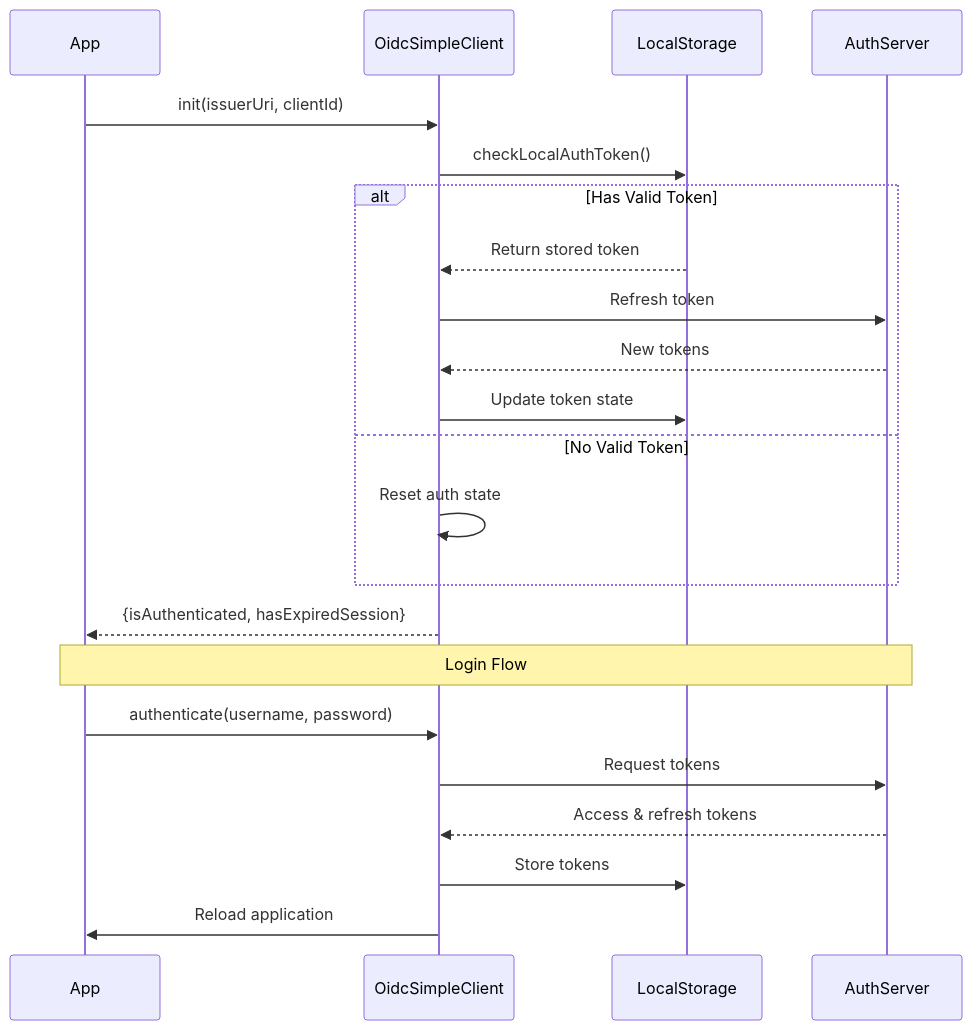
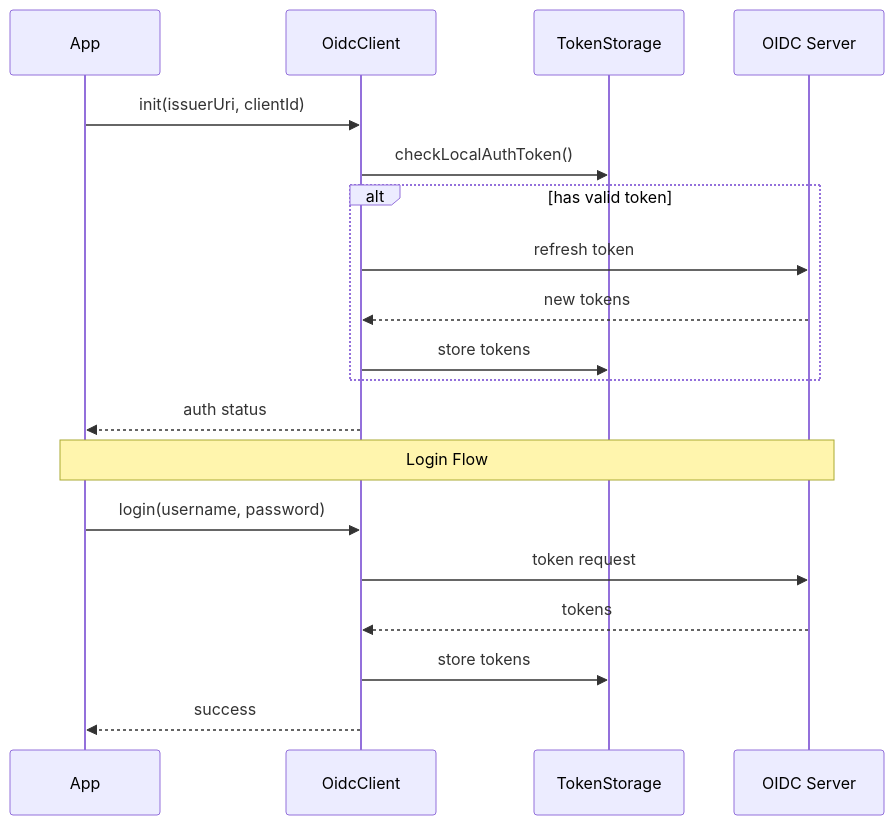
Before and after one commit to konturio/disaster-ninja-fe: the second of 3 diagrams in src/core/auth/README.md, drawn with Mermaid. The commit also changed other lines of this file and 3 other files, not shown here.

````diff
--- a/src/core/auth/README.md
+++ b/src/core/auth/README.md
@@ -35,26 +49,23 @@
 ```mermaid
 sequenceDiagram
     participant App
-    participant Client as OidcSimpleClient
-    participant Storage as LocalStorage
-    participant Auth as AuthServer
+    participant OidcClient
+    participant TokenStorage
+    participant OIDC Server
 
-    App->>Client: init(issuerUri, clientId)
-    Client->>Storage: checkLocalAuthToken()
-    alt Has Valid Token
-        Storage-->>Client: Return stored token
-        Client->>Auth: Refresh token
-        Auth-->>Client: New tokens
-        Client->>Storage: Update token state
-    else No Valid Token
-        Client->>Client: Reset auth state
+    App->>OidcClient: init(issuerUri, clientId)
+    OidcClient->>TokenStorage: checkLocalAuthToken()
+    alt has valid token
+        OidcClient->>OIDC Server: refresh token
+        OIDC Server-->>OidcClient: new tokens
+        OidcClient->>TokenStorage: store tokens
     end
-    Client-->>App: {isAuthenticated, hasExpiredSession}
+    OidcClient-->>App: auth status
 
-    Note over App,Auth: Login Flow
-    App->>Client: authenticate(username, password)
-    Client->>Auth: Request tokens
-    Auth-->>Client: Access & refresh tokens
-    Client->>Storage: Store tokens
-    Client->>App: Reload application
+    Note over App,OIDC Server: Login Flow
+    App->>OidcClient: login(username, password)
+    OidcClient->>OIDC Server: token request
+    OIDC Server-->>OidcClient: tokens
+    OidcClient->>TokenStorage: store tokens
+    OidcClient-->>App: success
 ```
````
